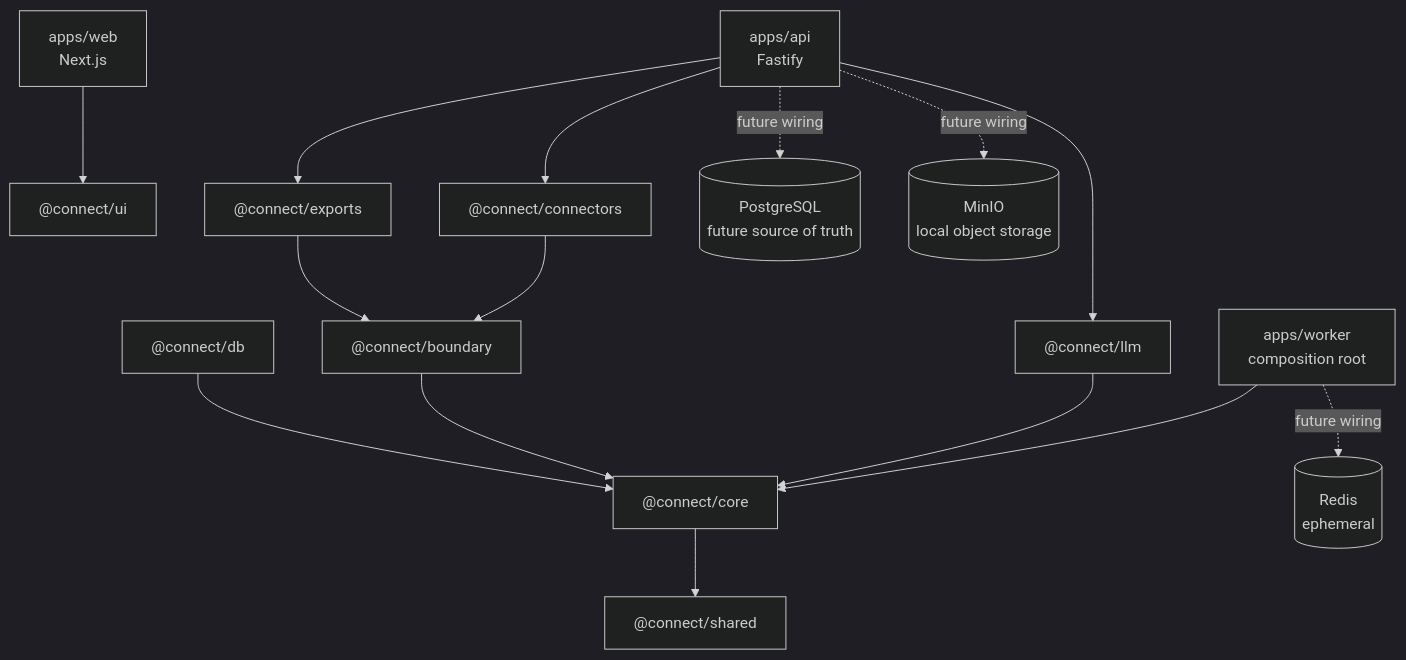
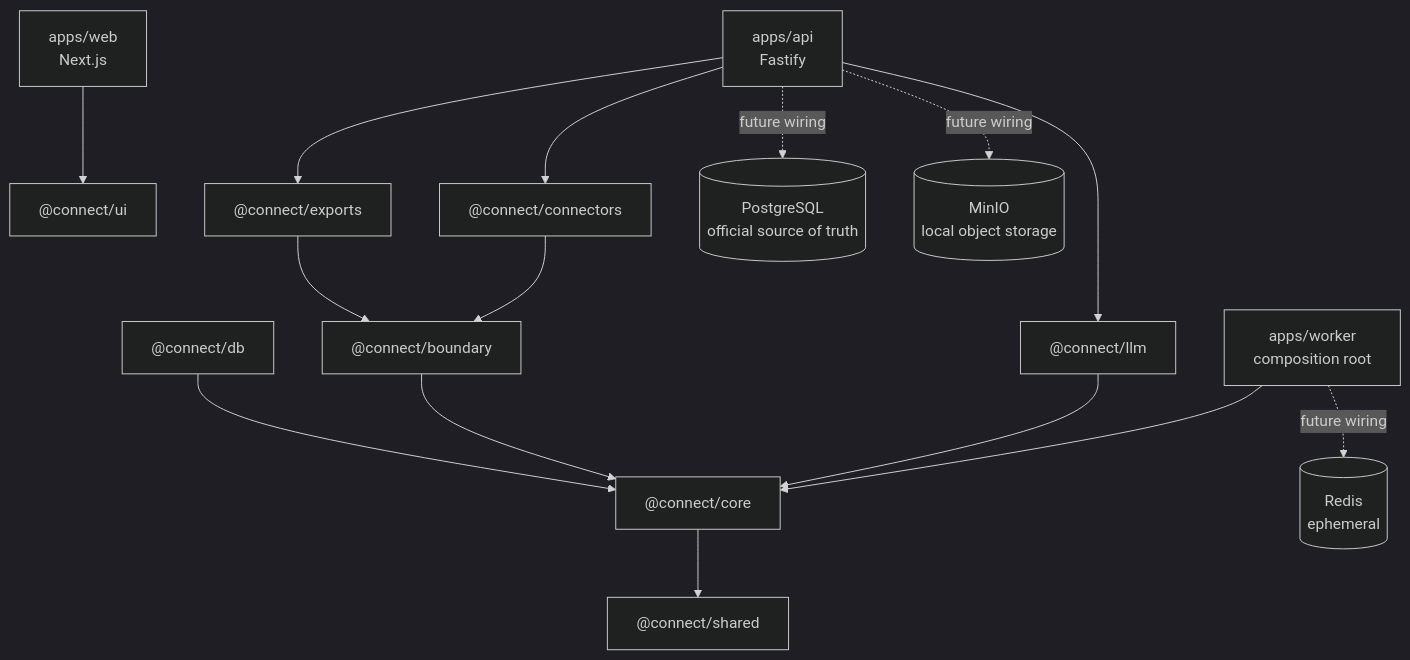
Before and after one commit to Ginkgo-Seeds/connect: the diagram in docs/architecture/README.md, drawn with Mermaid (dark theme). The commit also changed 50 other files, not shown here.

````diff
--- a/docs/architecture/README.md
+++ b/docs/architecture/README.md
@@ -7,35 +7,35 @@
 ```mermaid
 flowchart TB
   web["apps/web<br/>Next.js"]
   api["apps/api<br/>Fastify"]
   worker["apps/worker<br/>composition root"]
 
   ui["@connect/ui"]
   connectors["@connect/connectors"]
   llm["@connect/llm"]
   exports["@connect/exports"]
   boundary["@connect/boundary"]
   db["@connect/db"]
   core["@connect/core"]
   shared["@connect/shared"]
 
-  postgres[("PostgreSQL<br/>future source of truth")]
+  postgres[("PostgreSQL<br/>official source of truth")]
   redis[("Redis<br/>ephemeral")]
   minio[("MinIO<br/>local object storage")]
 
   web --> ui
   api --> connectors
   api --> llm
   api --> exports
   worker --> core
   connectors --> boundary
   llm --> core
   exports --> boundary
   boundary --> core
   db --> core
   core --> shared
 
   api -. "future wiring" .-> postgres
   worker -. "future wiring" .-> redis
   api -. "future wiring" .-> minio
 ```
````
